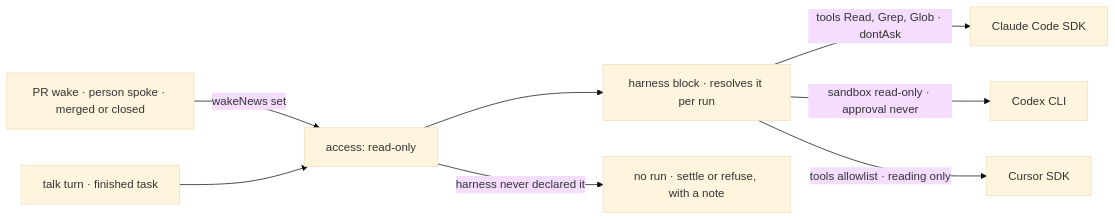
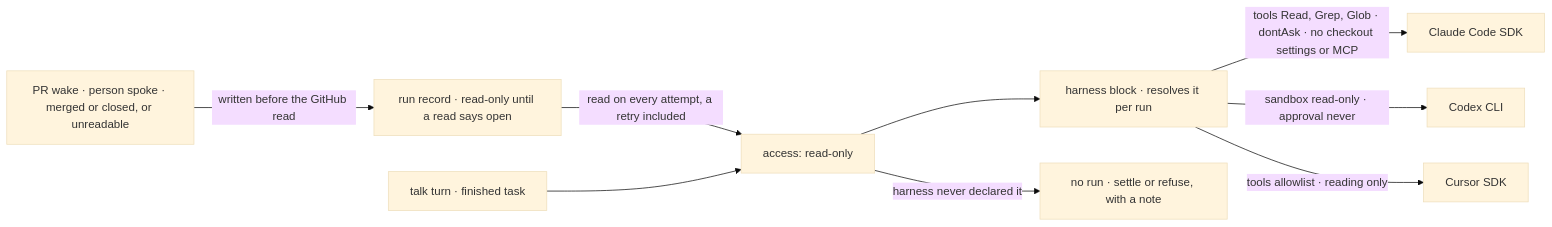
The second of 2 diagrams in specs/issues/FIX-2900/SPEC.md (fixpoint-labs/flow-state-dev), drawn with Mermaid (base theme) before and after one commit. The commit also changed other lines of this file and 3 other files, not shown here.

First line of the commit message:
spec(FIX-2900): round 2: read-only holds on a hostile checkout and on a retry

````diff
--- a/specs/issues/FIX-2900/SPEC.md
+++ b/specs/issues/FIX-2900/SPEC.md
@@ -81,10 +81,11 @@
 ```mermaid
 flowchart LR
-  W["PR wake · person spoke · merged or closed"] -->|"wakeNews set"| A["access: read-only"]
+  W["PR wake · person spoke · merged or closed, or unreadable"] -->|"written before the GitHub read"| RR["run record · read-only until a read says open"]
+  RR -->|"read on every attempt, a retry included"| A["access: read-only"]
   T["talk turn · finished task"] --> A
   A --> H["harness block · resolves it per run"]
-  H -->|"tools Read, Grep, Glob · dontAsk"| CC["Claude Code SDK"]
+  H -->|"tools Read, Grep, Glob · dontAsk · no checkout settings or MCP"| CC["Claude Code SDK"]
   H -->|"sandbox read-only · approval never"| CX["Codex CLI"]
   H -->|"tools allowlist · reading only"| CU["Cursor SDK"]
   A -->|"harness never declared it"| N["no run · settle or refuse, with a note"]
 ```
````
